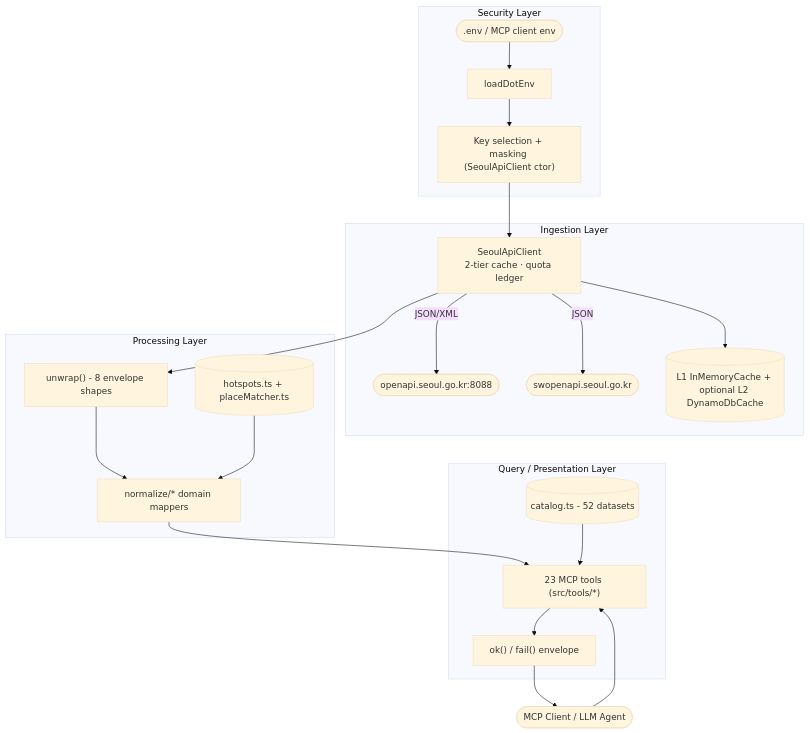
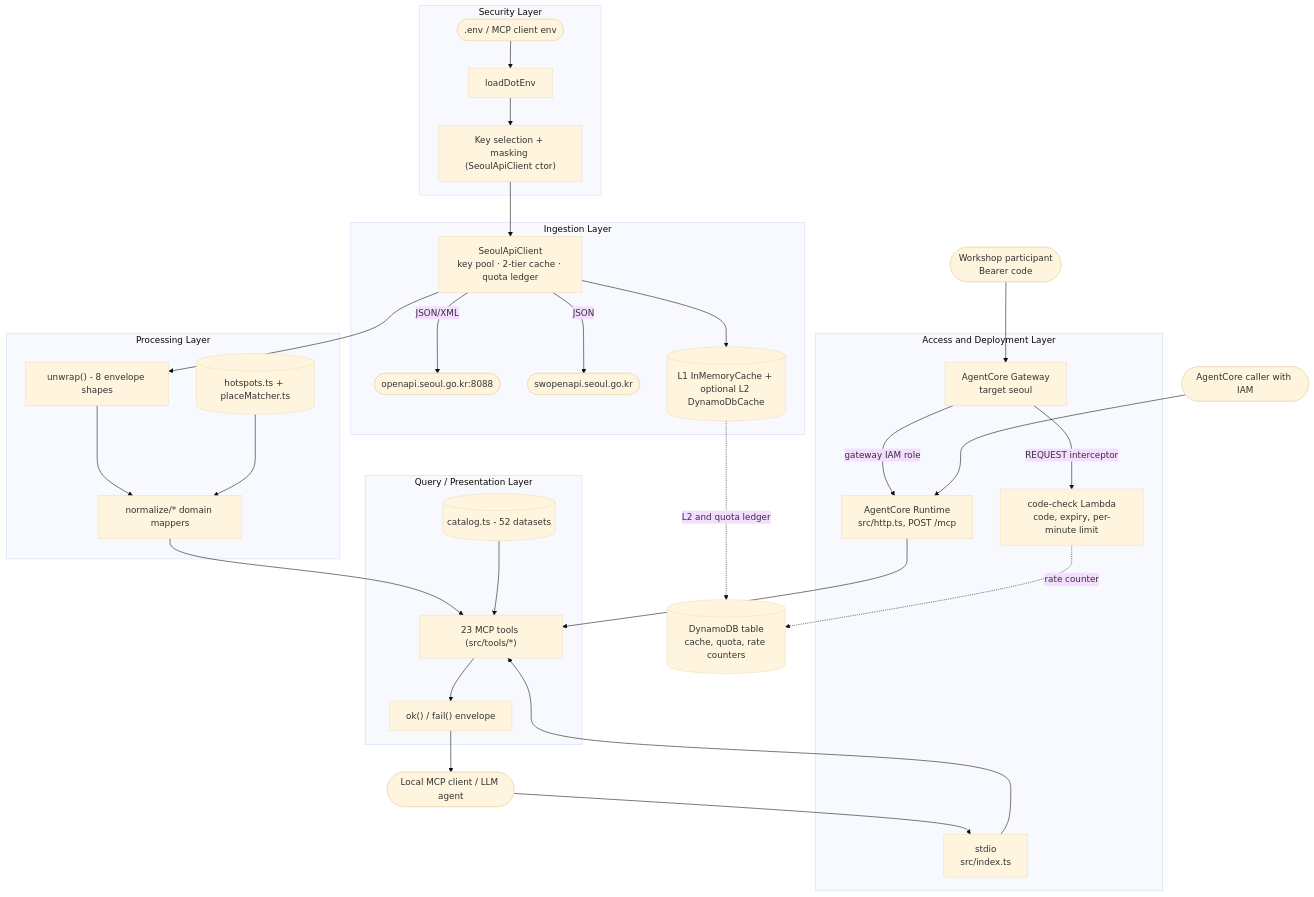
Before and after one commit to whchoi98/seoul-opendata-mcp: the first of 4 diagrams in docs/architecture.md, drawn with Mermaid (base theme). The commit also changed other lines of this file and 15 other files, not shown here.

````diff
--- a/docs/architecture.md
+++ b/docs/architecture.md
@@ -50,30 +61,44 @@
 ```mermaid
 flowchart TB
   subgraph security[Security Layer]
     ENVFILE([".env / MCP client env"]) --> LOADENV[loadDotEnv]
     LOADENV --> KEYSEL["Key selection + masking (SeoulApiClient ctor)"]
   end
   subgraph ingestion[Ingestion Layer]
-    KEYSEL --> CLIENT["SeoulApiClient<br/>2-tier cache · quota ledger"]
+    KEYSEL --> CLIENT["SeoulApiClient<br/>key pool · 2-tier cache · quota ledger"]
     CLIENT -->|"JSON/XML"| OPENAPI(["openapi.seoul.go.kr:8088"])
     CLIENT -->|"JSON"| SUBWAYAPI(["swopenapi.seoul.go.kr"])
     CLIENT --> CACHE[("L1 InMemoryCache + optional L2 DynamoDbCache")]
   end
   subgraph processing[Processing Layer]
     UNWRAP["unwrap() - 8 envelope shapes"]
     NORMALIZE["normalize/* domain mappers"]
     HOTSPOTS[("hotspots.ts + placeMatcher.ts")]
     CLIENT --> UNWRAP --> NORMALIZE
     HOTSPOTS --> NORMALIZE
   end
   subgraph query[Query / Presentation Layer]
     TOOLS["23 MCP tools (src/tools/*)"]
     ENVELOPE["ok() / fail() envelope"]
     CATALOG[("catalog.ts - 52 datasets")]
     NORMALIZE --> TOOLS
     CATALOG --> TOOLS
     TOOLS --> ENVELOPE
   end
-  AGENT(["MCP Client / LLM Agent"]) --> TOOLS
+  subgraph access[Access and Deployment Layer]
+    STDIO["stdio<br/>src/index.ts"]
+    GATEWAY["AgentCore Gateway<br/>target seoul"]
+    INTERCEPTOR["code-check Lambda<br/>code, expiry, per-minute limit"]
+    RUNTIME["AgentCore Runtime<br/>src/http.ts, POST /mcp"]
+    GATEWAY -->|"REQUEST interceptor"| INTERCEPTOR
+    GATEWAY -->|"gateway IAM role"| RUNTIME
+  end
+  TABLE[("DynamoDB table<br/>cache, quota, rate counters")]
+  AGENT(["Local MCP client / LLM agent"]) --> STDIO --> TOOLS
+  CALLER(["AgentCore caller with IAM"]) --> RUNTIME
+  PARTICIPANT(["Workshop participant<br/>Bearer code"]) --> GATEWAY
+  RUNTIME --> TOOLS
+  CACHE -.->|"L2 and quota ledger"| TABLE
+  INTERCEPTOR -.->|"rate counter"| TABLE
   ENVELOPE --> AGENT
 ```
````
